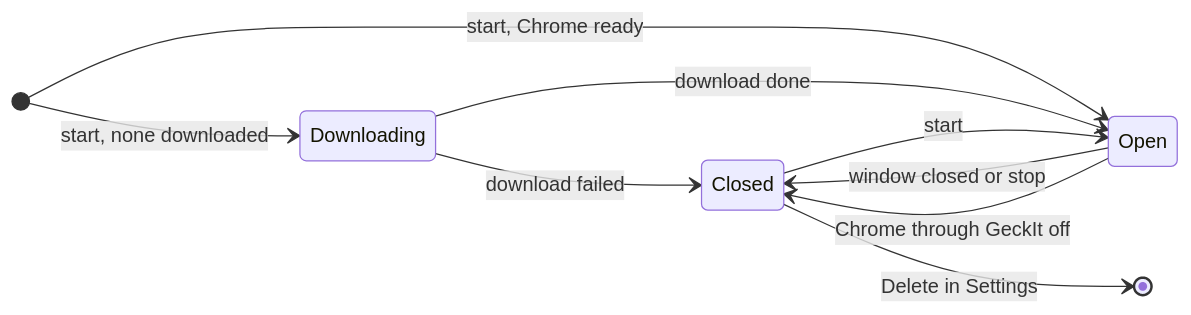
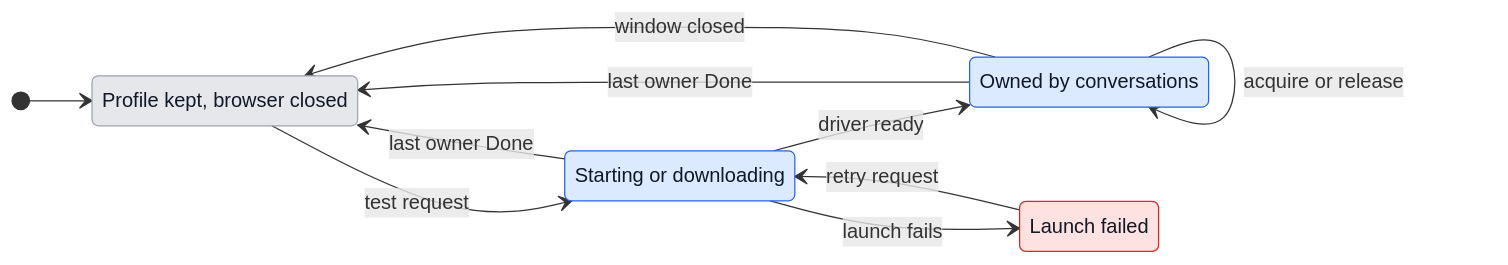
Before and after one commit to anetrebskii/geckit: the second of 2 diagrams in docs/ux/chrome-testing.md, drawn with Mermaid. The commit also changed other lines of this file and 11 other files, not shown here.

Commit message:
fix: enforce project test browser ownership and cleanup

````diff
--- a/docs/ux/chrome-testing.md
+++ b/docs/ux/chrome-testing.md
@@ -57,15 +70,23 @@
 ```mermaid
 stateDiagram-v2
   direction LR
-  state "Closed" as closed
-  state "Downloading" as fetching
-  state "Open" as open
-  [*] --> fetching: start, none downloaded
-  [*] --> open: start, Chrome ready
-  fetching --> open: download done
-  fetching --> closed: download failed
-  closed --> open: start
-  open --> closed: window closed or stop
-  open --> closed: Chrome through GeckIt off
-  closed --> [*]: Delete in Settings
+  classDef quiet fill:#e5e7eb,stroke:#9ca3af,color:#111827
+  classDef going fill:#dbeafe,stroke:#2563eb,color:#111827
+  classDef hands fill:#fee2e2,stroke:#dc2626,color:#111827
+  state "Profile kept, browser closed" as closed
+  state "Starting or downloading" as starting
+  state "Owned by conversations" as owned
+  state "Launch failed" as failed
+  [*] --> closed
+  closed --> starting: test request
+  starting --> owned: driver ready
+  starting --> closed: last owner Done
+  starting --> failed: launch fails
+  failed --> starting: retry request
+  owned --> owned: acquire or release
+  owned --> closed: last owner Done
+  owned --> closed: window closed
+  class closed quiet
+  class starting,owned going
+  class failed hands
 ```
````
